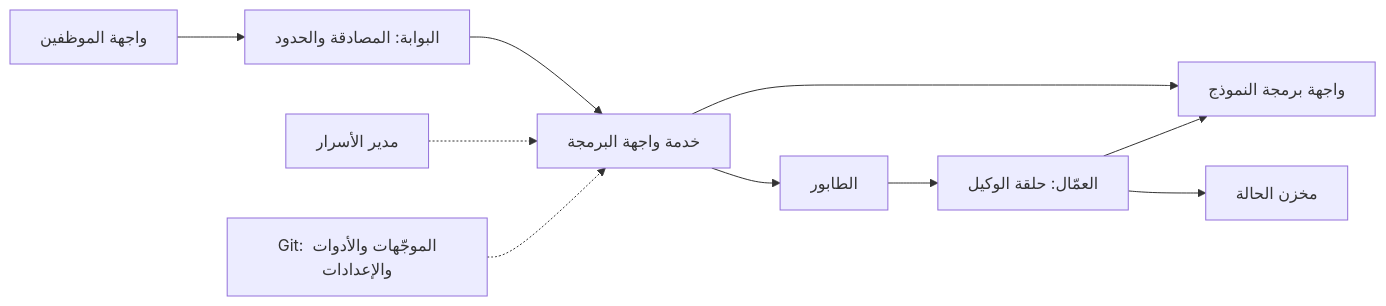
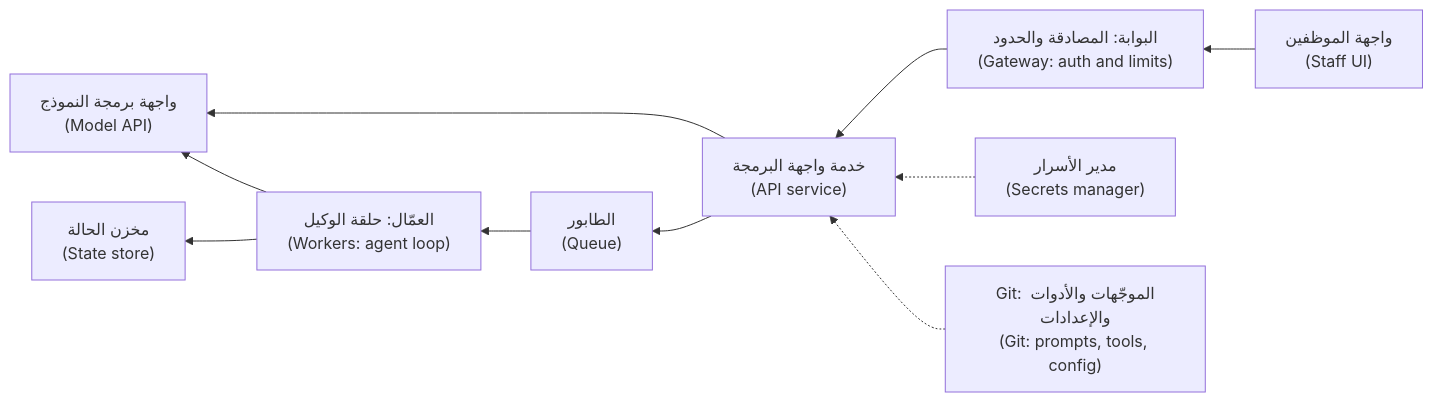
One commit to Tamoura/system-design-for-vibe-coders changed the diagram in aiapps/modules/14-shipping.ar.md. Above: the diagram before and after it, drawn with Mermaid. The commit also changed 17 other files, not shown here.

First line of the commit message:
AI applications & agents: Arabic edition complete (RTL diagrams, diagram glosses, translated 60-question exam)

````diff
--- a/aiapps/modules/14-shipping.ar.md
+++ b/aiapps/modules/14-shipping.ar.md
@@ -29,12 +29,12 @@
 ```mermaid
-flowchart LR
-  U["واجهة الموظفين"] --> G["البوابة: المصادقة والحدود"]
-  G --> A["خدمة واجهة البرمجة"]
-  A --> M["واجهة برمجة النموذج"]
-  A --> Q["الطابور"]
-  Q --> W["العمّال: حلقة الوكيل"]
+flowchart RL
+  U["واجهة الموظفين<br/>(Staff UI)"] --> G["البوابة: المصادقة والحدود<br/>(Gateway: auth and limits)"]
+  G --> A["خدمة واجهة البرمجة<br/>(API service)"]
+  A --> M["واجهة برمجة النموذج<br/>(Model API)"]
+  A --> Q["الطابور<br/>(Queue)"]
+  Q --> W["العمّال: حلقة الوكيل<br/>(Workers: agent loop)"]
   W --> M
-  W --> S["مخزن الحالة"]
-  K["مدير الأسرار"] -.-> A
-  R["Git: الموجّهات والأدوات والإعدادات"] -.-> A
+  W --> S["مخزن الحالة<br/>(State store)"]
+  K["مدير الأسرار<br/>(Secrets manager)"] -.-> A
+  R["Git: الموجّهات والأدوات والإعدادات<br/>(Git: prompts, tools, config)"] -.-> A
 ```
````
